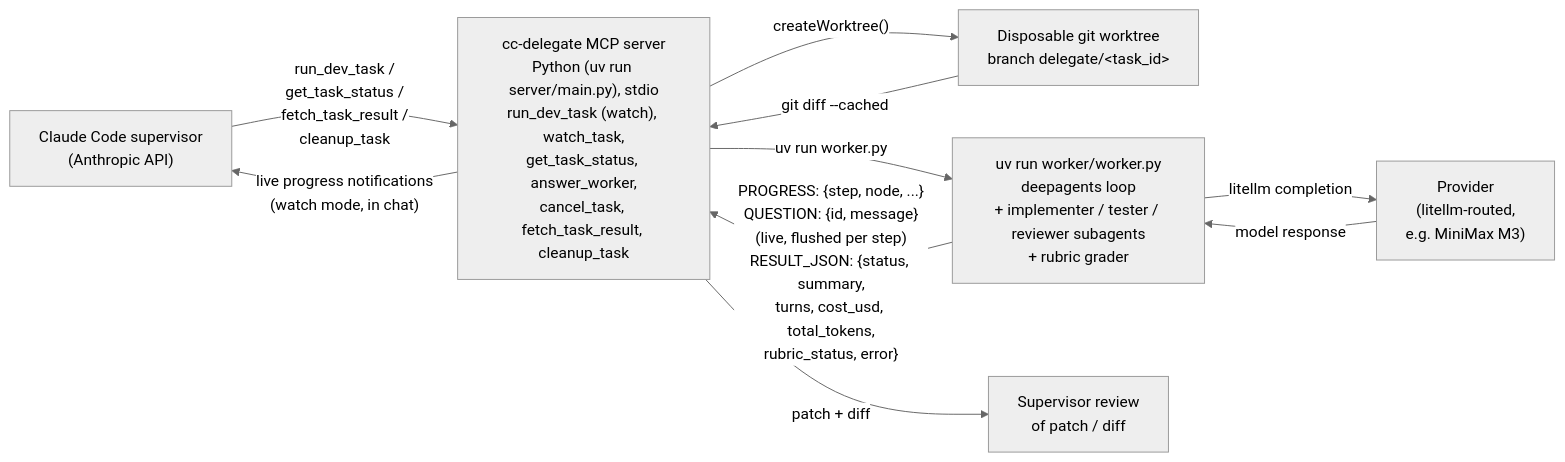
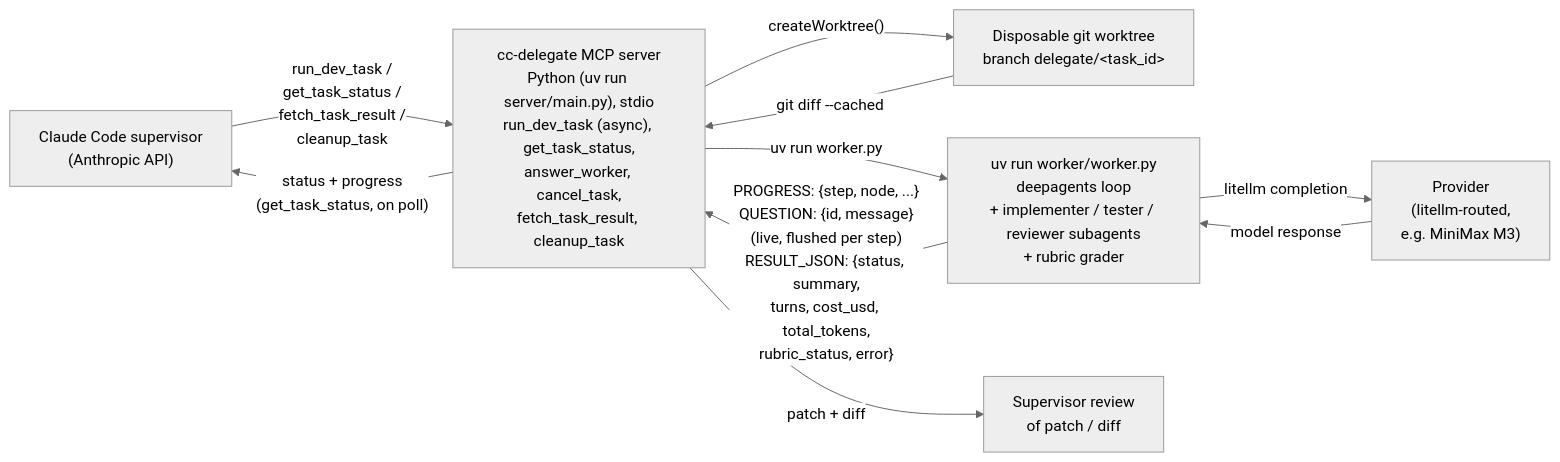
Before and after one commit to EtienneLescot/cc-delegate: the diagram in README.md, drawn with Mermaid (neutral theme). The commit also changed other lines of this file and 4 other files, not shown here.

First line of the commit message:
revert(watch): async supervision is the default again (v0.7.0)

````diff
--- a/README.md
+++ b/README.md
@@ -11,19 +11,19 @@
 ```mermaid
 flowchart LR
   Supervisor["Claude Code supervisor<br/>(Anthropic API)"]
-  MCP["cc-delegate MCP server<br/>Python (uv run server/main.py), stdio<br/>run_dev_task (watch), watch_task,<br/>get_task_status, answer_worker,<br/>cancel_task, fetch_task_result, cleanup_task"]
+  MCP["cc-delegate MCP server<br/>Python (uv run server/main.py), stdio<br/>run_dev_task (async), get_task_status,<br/>answer_worker, cancel_task,<br/>fetch_task_result, cleanup_task"]
   Worktree["Disposable git worktree<br/>branch delegate/&lt;task_id&gt;"]
   Worker["uv run worker/worker.py<br/>deepagents loop<br/>+ implementer / tester / reviewer subagents<br/>+ rubric grader"]
   Provider["Provider<br/>(litellm-routed,<br/>e.g. MiniMax M3)"]
   Review["Supervisor review<br/>of patch / diff"]
 
   Supervisor -->|"run_dev_task /<br/>get_task_status /<br/>fetch_task_result /<br/>cleanup_task"| MCP
   MCP -->|"createWorktree()"| Worktree
   MCP -->|"uv run worker.py"| Worker
   Worker -->|"litellm completion"| Provider
   Provider -->|"model response"| Worker
   Worker -->|"PROGRESS: {step, node, ...}<br/>QUESTION: {id, message}<br/>(live, flushed per step)<br/>RESULT_JSON: {status, summary,<br/>turns, cost_usd, total_tokens,<br/>rubric_status, error}"| MCP
-  MCP -->|"live progress notifications<br/>(watch mode, in chat)"| Supervisor
+  MCP -->|"status + progress<br/>(get_task_status, on poll)"| Supervisor
   Worktree -->|"git diff --cached"| MCP
   MCP -->|"patch + diff"| Review
 ```
````
